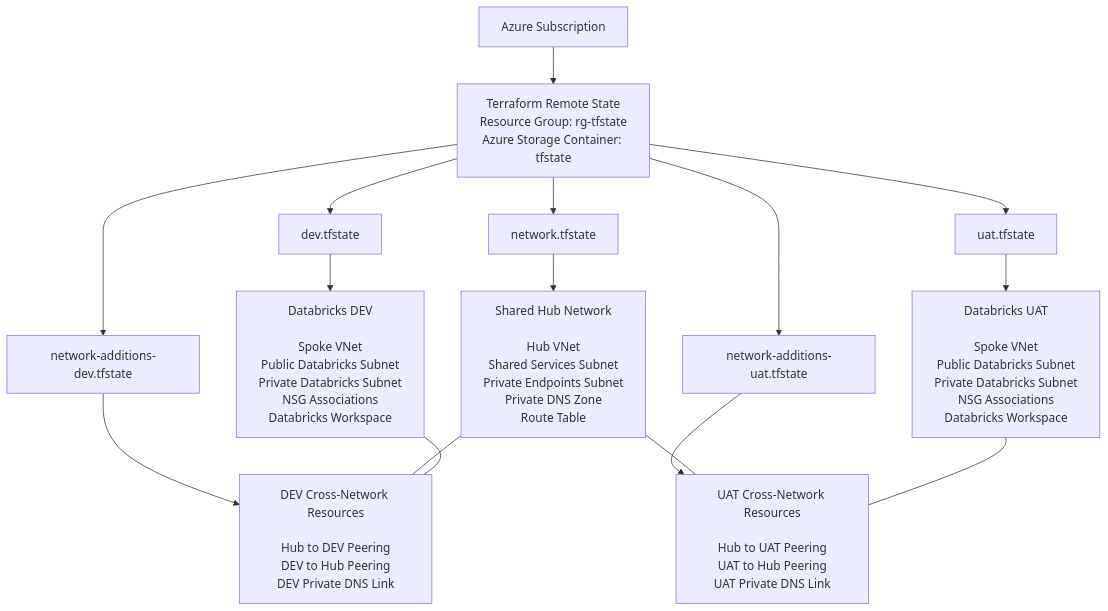
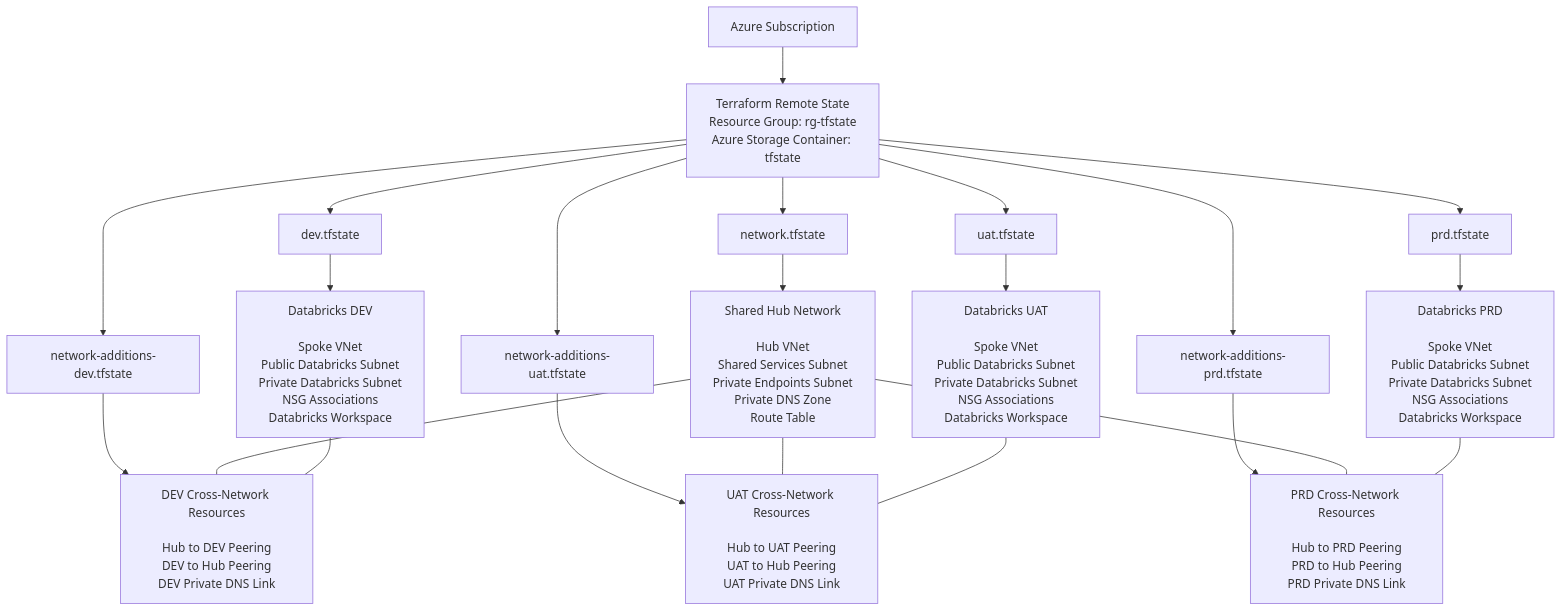
Before and after one commit to crtaylor1997/Databricks-Infra: the diagram in README.md, drawn with Mermaid. The commit also changed other lines of this file and 11 other files, not shown here.

Commit message:
Add production deployment configuration and resources for Databricks

````diff
--- a/README.md
+++ b/README.md
@@ -23,42 +23,55 @@
 ```mermaid
 flowchart TB
     SUB[Azure Subscription]
 
     STATE["Terraform Remote State<br/>Resource Group: rg-tfstate<br/>Azure Storage Container: tfstate"]
 
     HUBSTATE["network.tfstate"]
     DEVSTATE["dev.tfstate"]
     UATSTATE["uat.tfstate"]
     DEVNETSTATE["network-additions-dev.tfstate"]
     UATNETSTATE["network-additions-uat.tfstate"]
+    PRDSTATE["prd.tfstate"]
+    PRDNETSTATE["network-additions-prd.tfstate"]
 
     HUB["Shared Hub Network<br/><br/>Hub VNet<br/>Shared Services Subnet<br/>Private Endpoints Subnet<br/>Private DNS Zone<br/>Route Table"]
 
     DEV["Databricks DEV<br/><br/>Spoke VNet<br/>Public Databricks Subnet<br/>Private Databricks Subnet<br/>NSG Associations<br/>Databricks Workspace"]
 
     UAT["Databricks UAT<br/><br/>Spoke VNet<br/>Public Databricks Subnet<br/>Private Databricks Subnet<br/>NSG Associations<br/>Databricks Workspace"]
 
     DEVNET["DEV Cross-Network Resources<br/><br/>Hub to DEV Peering<br/>DEV to Hub Peering<br/>DEV Private DNS Link"]
 
     UATNET["UAT Cross-Network Resources<br/><br/>Hub to UAT Peering<br/>UAT to Hub Peering<br/>UAT Private DNS Link"]
 
+    PRD["Databricks PRD<br/><br/>Spoke VNet<br/>Public Databricks Subnet<br/>Private Databricks Subnet<br/>NSG Associations<br/>Databricks Workspace"]
+
+    PRDNET["PRD Cross-Network Resources<br/><br/>Hub to PRD Peering<br/>PRD to Hub Peering<br/>PRD Private DNS Link"]
+
     SUB --> STATE
 
     STATE --> HUBSTATE
     STATE --> DEVSTATE
     STATE --> UATSTATE
     STATE --> DEVNETSTATE
     STATE --> UATNETSTATE
+    STATE --> PRDSTATE
+    STATE --> PRDNETSTATE
 
     HUBSTATE --> HUB
     DEVSTATE --> DEV
     UATSTATE --> UAT
+    PRDSTATE --> PRD
     DEVNETSTATE --> DEVNET
     UATNETSTATE --> UATNET
+    PRDNETSTATE --> PRDNET
 
     HUB --- DEVNET
     DEV --- DEVNET
 
     HUB --- UATNET
     UAT --- UATNET
+
+    HUB --- PRDNET
+    PRD --- PRDNET
 ```
````
